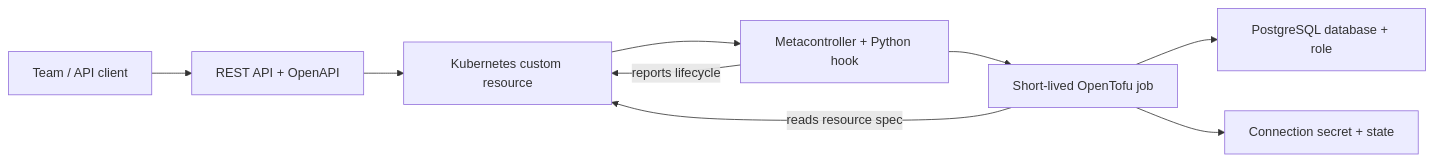
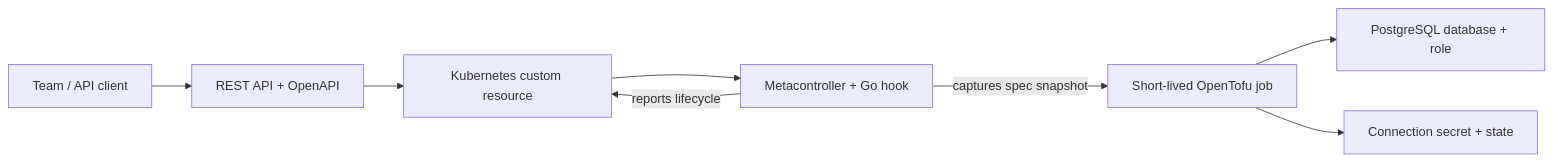
The diagram in README.md (hingst-it/panko), drawn with Mermaid before and after one commit. The commit also changed other lines of this file and 78 other files, not shown here.

````diff
--- a/README.md
+++ b/README.md
@@ -38,11 +38,10 @@
 ```mermaid
 flowchart LR
   Team[Team / API client] --> Gateway[REST API + OpenAPI]
   Gateway --> CR[Kubernetes custom resource]
-  CR --> Controller[Metacontroller + Python hook]
-  Controller --> Job[Short-lived OpenTofu job]
-  Job -->|reads resource spec| CR
+  CR --> Controller[Metacontroller + Go hook]
+  Controller -->|captures spec snapshot| Job[Short-lived OpenTofu job]
   Job --> Infrastructure[PostgreSQL database + role]
   Job --> Secrets[Connection secret + state]
   Controller -->|reports lifecycle| CR
 ```
````
